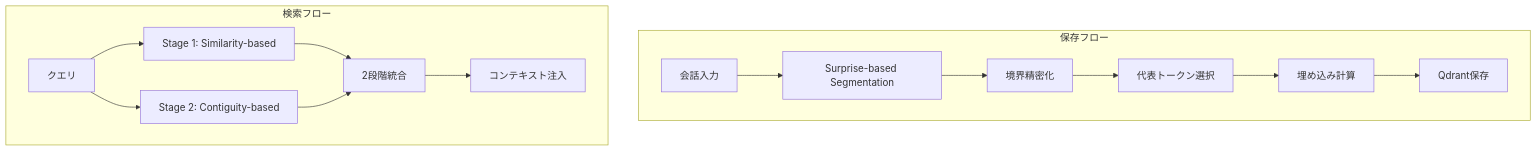
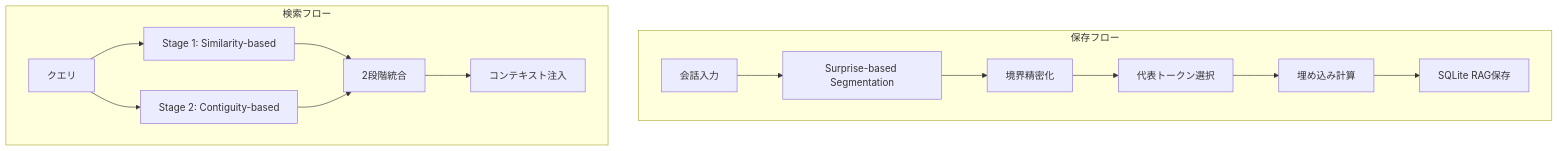
The seventh of 10 diagrams in docs/architecture/ARCHITECTURE.md (coco4atJP/Tepora-alpha), drawn with Mermaid before and after one commit. The commit also changed other lines of this file and 110 other files, not shown here.

````diff
--- a/docs/architecture/ARCHITECTURE.md
+++ b/docs/architecture/ARCHITECTURE.md
@@ -517,18 +626,18 @@
 ```mermaid
 graph TB
     subgraph Storage["保存フロー"]
         Input[会話入力] --> Segment[Surprise-based Segmentation]
         Segment --> Boundary[境界精密化]
         Boundary --> RepTokens[代表トークン選択]
         RepTokens --> Embed[埋め込み計算]
-        Embed --> Store[Qdrant保存]
+        Embed --> Store[SQLite RAG保存]
     end
   
     subgraph Retrieval["検索フロー"]
         Query[クエリ] --> Stage1[Stage 1: Similarity-based]
         Query --> Stage2[Stage 2: Contiguity-based]
         Stage1 --> Merge[2段階統合]
         Stage2 --> Merge
         Merge --> Context[コンテキスト注入]
     end
 ```
````
